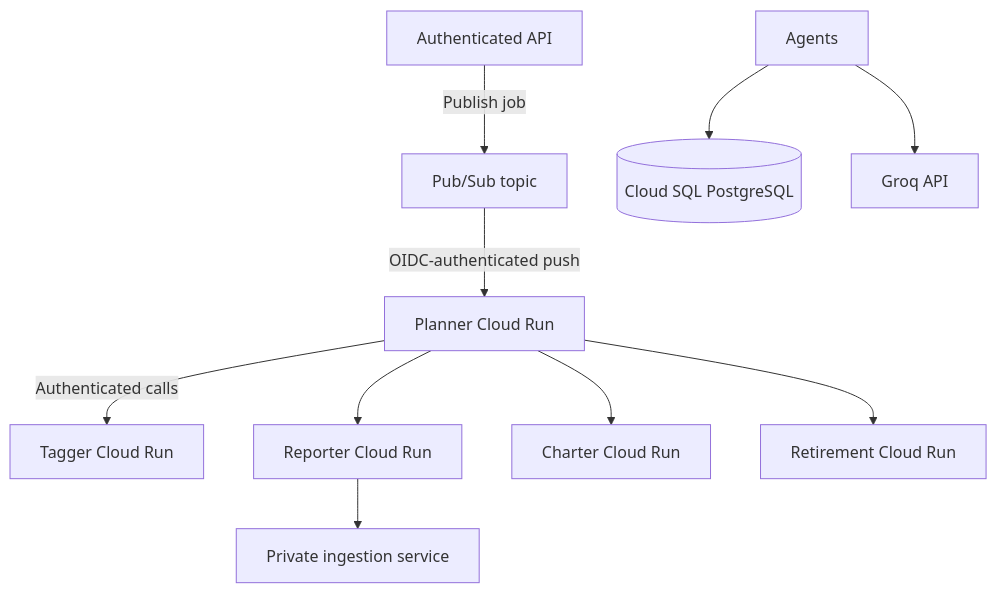
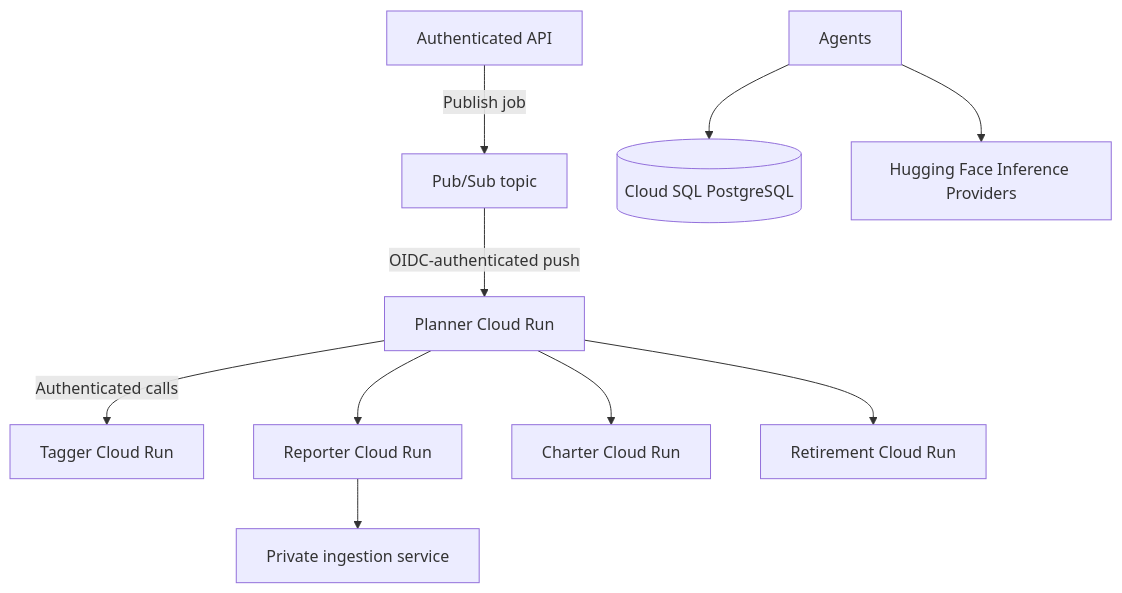
Before and after one commit to milleralan1/donner_production: the diagram in wk4/alex/guides_GCP/6_agents.md, drawn with Mermaid. The commit also changed other lines of this file and 82 other files, not shown here.

````diff
--- a/wk4/alex/guides_GCP/6_agents.md
+++ b/wk4/alex/guides_GCP/6_agents.md
@@ -7,12 +7,12 @@
 ```mermaid
 graph TB
     API[Authenticated API] -->|Publish job| Topic[Pub/Sub topic]
     Topic -->|OIDC-authenticated push| Planner[Planner Cloud Run]
     Planner -->|Authenticated calls| Tagger[Tagger Cloud Run]
     Planner --> Reporter[Reporter Cloud Run]
     Planner --> Charter[Charter Cloud Run]
     Planner --> Retirement[Retirement Cloud Run]
     Agents --> SQL[(Cloud SQL PostgreSQL)]
     Reporter --> Ingest[Private ingestion service]
-    Agents --> Groq[Groq API]
+    Agents --> HF[Hugging Face Inference Providers]
 ```
````
